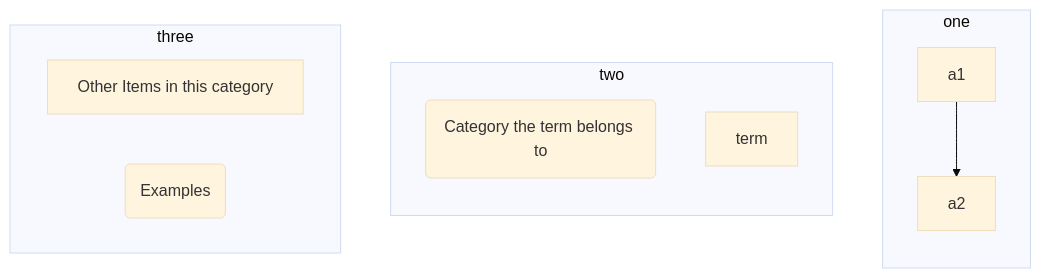
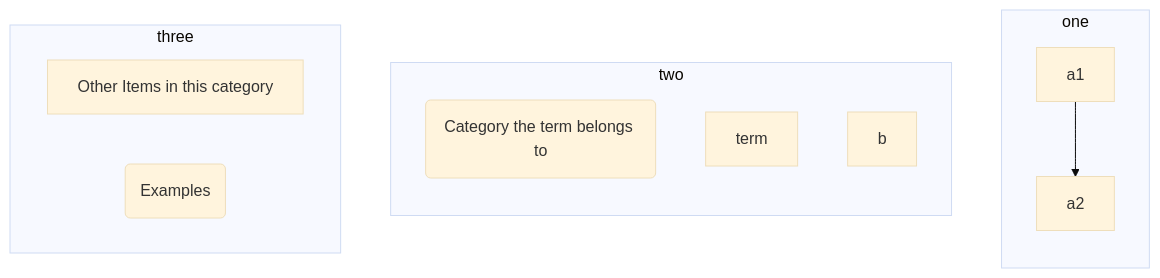
Before and after one commit to gerbssusd/dok: the diagram in slides.md, drawn with Mermaid (base theme).

````diff
--- a/slides.md
+++ b/slides.md
@@ -217,24 +217,24 @@
 ```mermaid
 flowchart TB
     subgraph one 
      direction TB
     a1-->a2
      end
     subgraph two
       direction TB
         b1(Category the term belongs to)
         b2[term]
-
+b
         end
     subgraph three 
       direction LR
     c1[Other Items in this category] 
     c2(Examples)
     end
 
 
 
 
 
 
 ```
````
